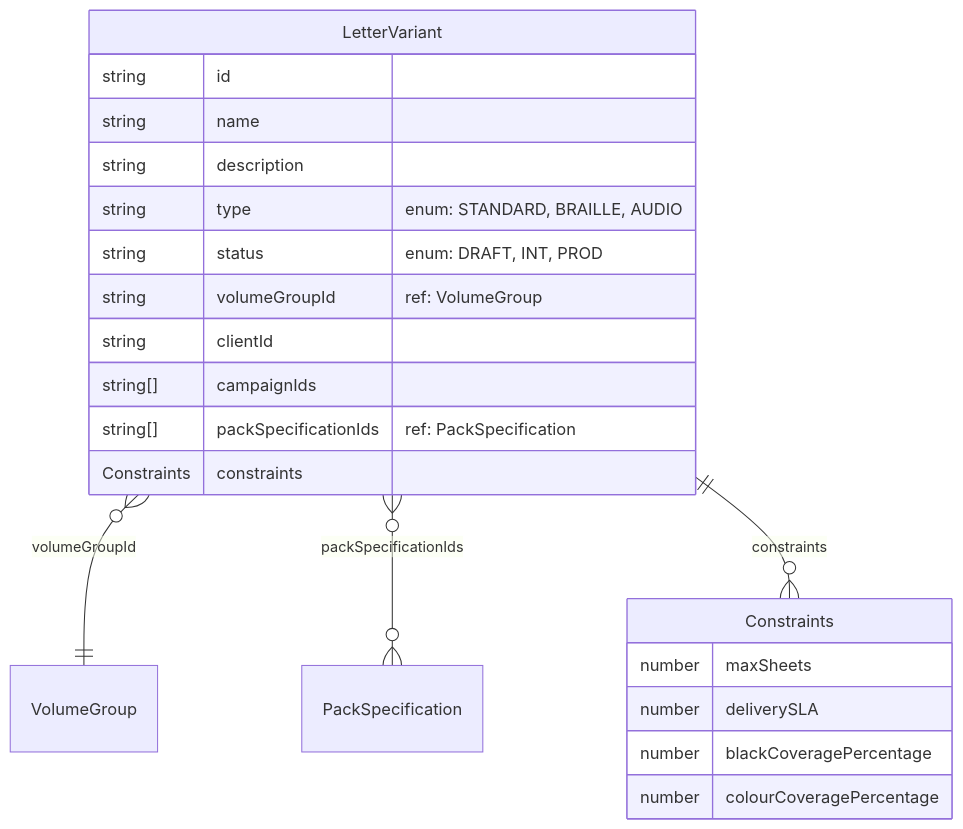
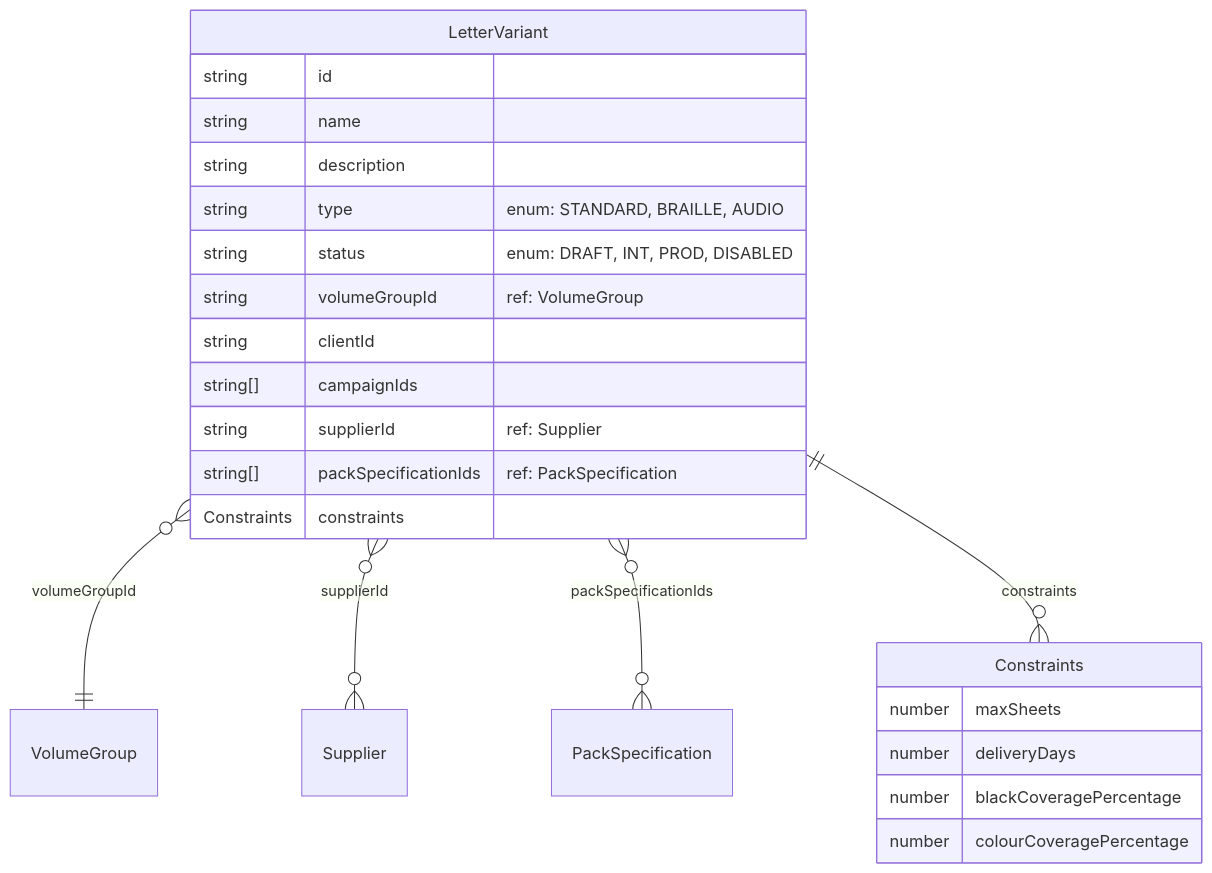
The second of 5 diagrams in packages/events/src/domain/erd.md (uk-gov-mirror/nhsdigital.nhs-notify-supplier-config), drawn with Mermaid before and after one commit. The commit also changed other lines of this file and 15 other files, not shown here.

Commit message:
Add DISABLED status to various entities and update related schemas

````diff
--- a/packages/events/src/domain/erd.md
+++ b/packages/events/src/domain/erd.md
@@ -126,24 +129,26 @@
 ```mermaid
 erDiagram
     LetterVariant {
         string id
         string name
         string description
         string type "enum: STANDARD, BRAILLE, AUDIO"
-        string status "enum: DRAFT, INT, PROD"
+        string status "enum: DRAFT, INT, PROD, DISABLED"
         string volumeGroupId "ref: VolumeGroup"
         string clientId
         string[] campaignIds
+        string supplierId "ref: Supplier"
         string[] packSpecificationIds "ref: PackSpecification"
         Constraints constraints
     }
     Constraints {
         number maxSheets
-        number deliverySLA
+        number deliveryDays
         number blackCoveragePercentage
         number colourCoveragePercentage
     }
     LetterVariant }o--|| VolumeGroup : "volumeGroupId"
+    LetterVariant }o--o{ Supplier : "supplierId"
     LetterVariant }o--o{ PackSpecification : "packSpecificationIds"
     LetterVariant ||--o{ Constraints : "constraints"
 ```
````
